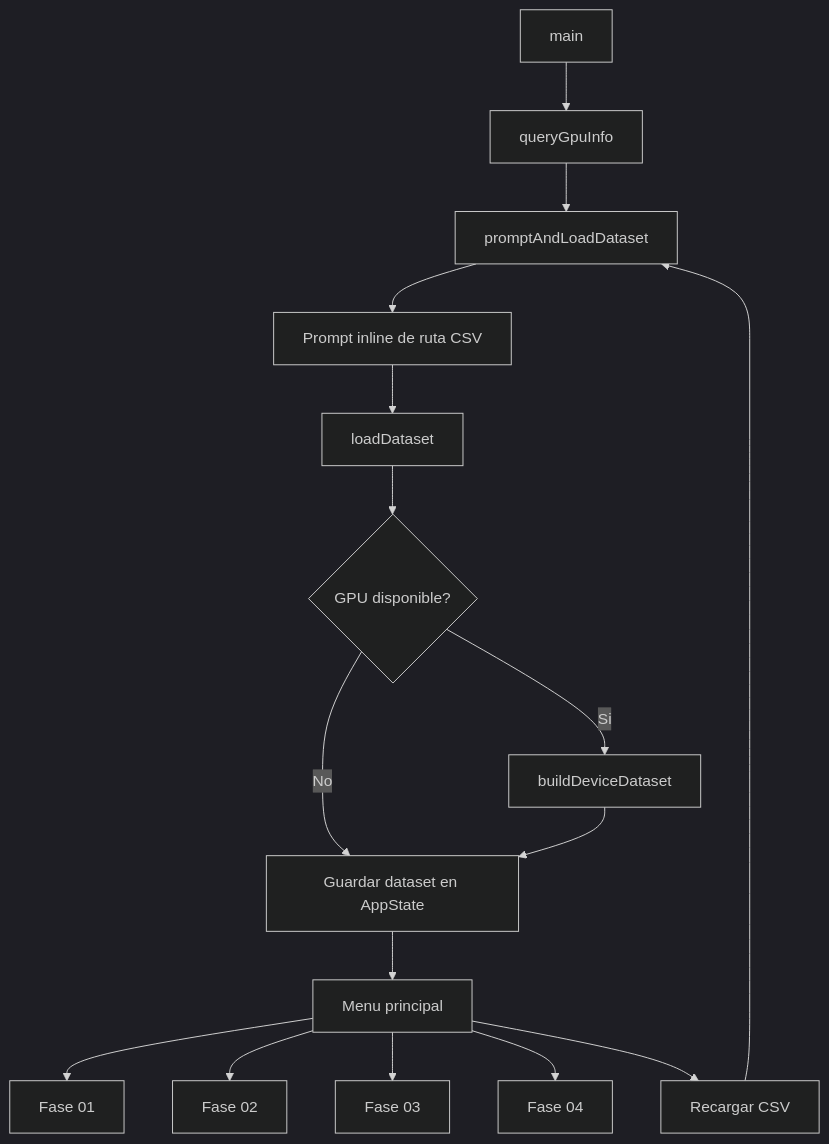
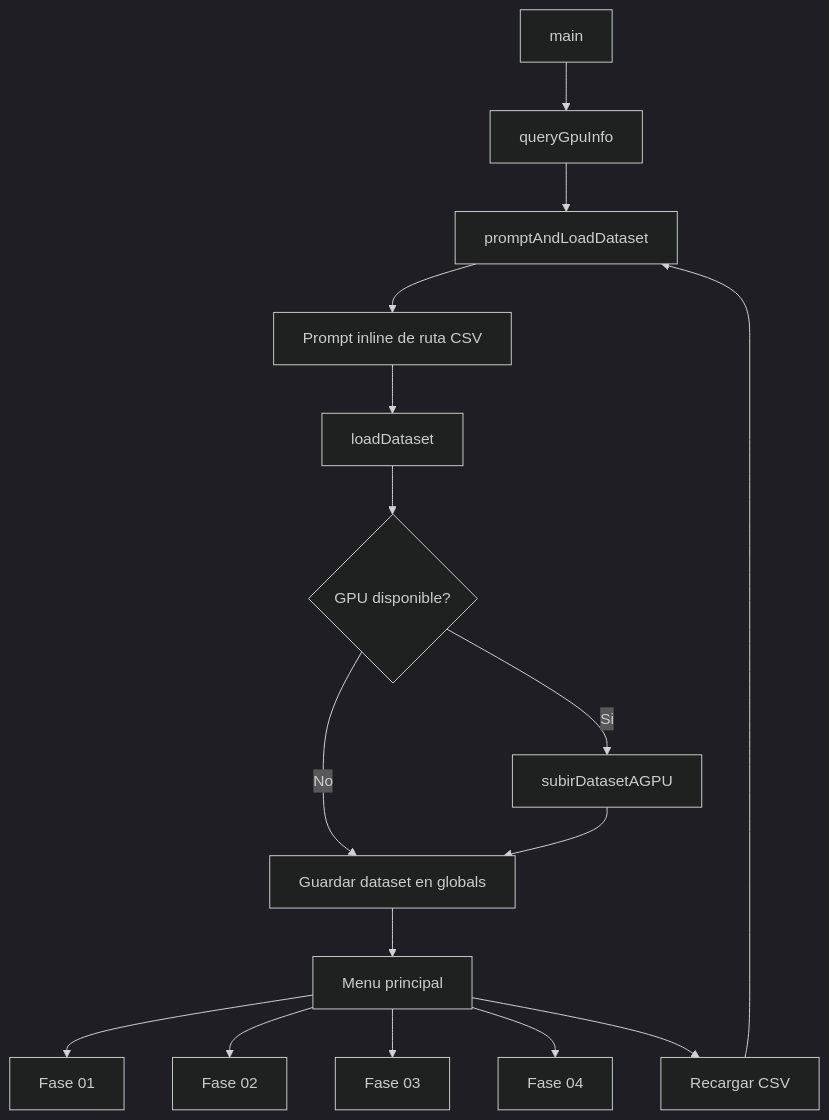
The diagram in README.md (aferamb/pap_air), drawn with Mermaid (dark theme) before and after one commit. The commit also changed other lines of this file and 3 other files, not shown here.

````diff
--- a/README.md
+++ b/README.md
@@ -89,18 +92,18 @@
 ```mermaid
 flowchart TD
     A[main] --> B[queryGpuInfo]
     B --> C[promptAndLoadDataset]
     C --> D[Prompt inline de ruta CSV]
     D --> E[loadDataset]
     E --> F{GPU disponible?}
-    F -- Si --> G[buildDeviceDataset]
-    F -- No --> H[Guardar dataset en AppState]
+    F -- Si --> G[subirDatasetAGPU]
+    F -- No --> H[Guardar dataset en globals]
     G --> H
     H --> I[Menu principal]
     I --> J[Fase 01]
     I --> K[Fase 02]
     I --> L[Fase 03]
     I --> M[Fase 04]
     I --> N[Recargar CSV]
     N --> C
 ```
````
